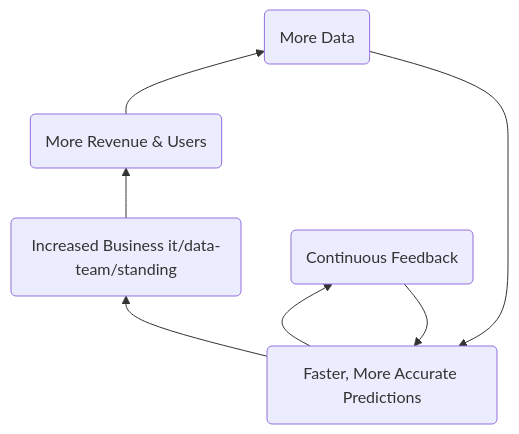
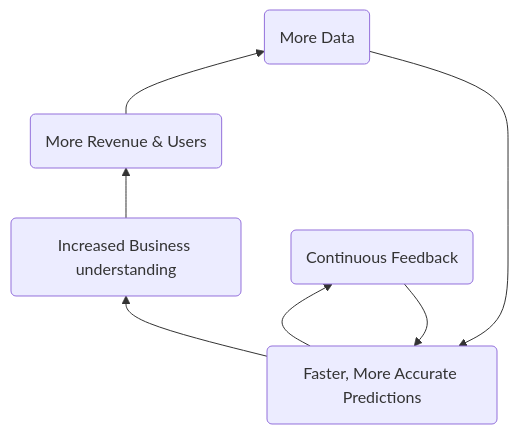
One commit to secretstartups/handbook changed the first of 2 diagrams in content/handbook/enterprise-data/organization/data-science/_index.md. Above: the diagram before and after it, drawn with Mermaid. The commit also changed other lines of this file and 1 other file, not shown here.

````diff
--- a/content/handbook/enterprise-data/organization/data-science/_index.md
+++ b/content/handbook/enterprise-data/organization/data-science/_index.md
@@ -88,8 +86,8 @@
 ```mermaid
 graph BT;
-   id1(Faster, More Accurate Predictions)-->id2(Increased Business it/data-team/standing) & id5(Continuous Feedback)
+   id1(Faster, More Accurate Predictions)-->id2(Increased Business understanding) & id5(Continuous Feedback)
    id2-->id3(More Revenue & Users)
    id5-->id1
    id3-->id4(More Data)
    id4-->id1
 ```
````
